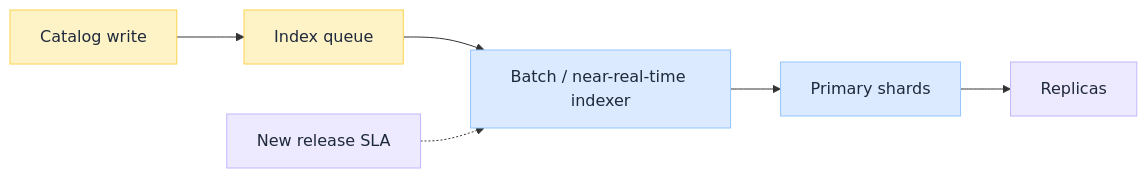
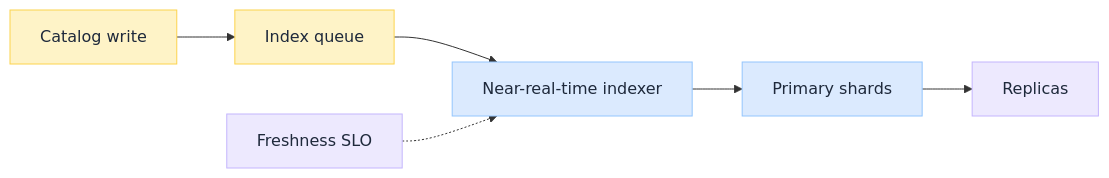
The seventh of 7 diagrams in docs/insights/system-design/2026-08-05-music-search-inverted-index/music-search-inverted-index.mdx (iamsharmajitender/gain), drawn with Mermaid before and after one commit. The commit also changed other lines of this file, not shown here.

````diff
--- a/docs/insights/system-design/2026-08-05-music-search-inverted-index/music-search-inverted-index.mdx
+++ b/docs/insights/system-design/2026-08-05-music-search-inverted-index/music-search-inverted-index.mdx
@@ -460,15 +577,15 @@
 ```mermaid
 flowchart LR
     W["Catalog write"] --> Q["Index queue"]
-    Q --> B["Batch / near-real-time indexer"]
+    Q --> B["Near-real-time indexer"]
     B --> P["Primary shards"]
     P --> R["Replicas"]
-    Rel["New release SLA"] -.-> B
+    Rel["Freshness SLO"] -.-> B
 
     classDef a fill:#fef3c7,stroke:#fcd34d,color:#1e293b
     classDef b fill:#dbeafe,stroke:#93c5fd,color:#1e293b
     classDef c fill:#ede9fe,stroke:#c4b5fd,color:#1e293b
     class W,Q a
     class B,P b
     class R,Rel c
 ```
````
